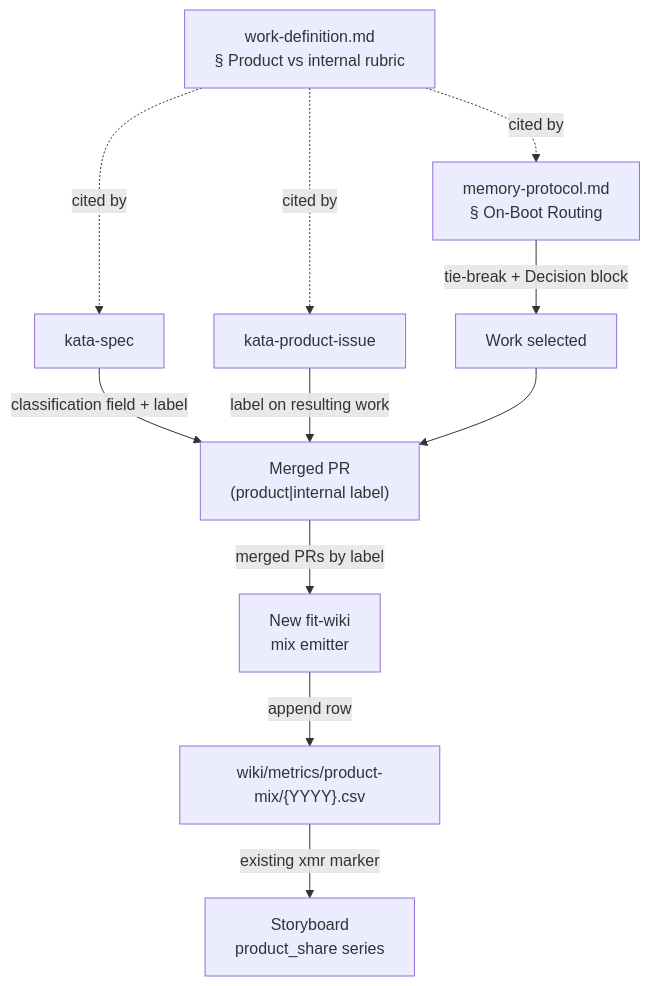
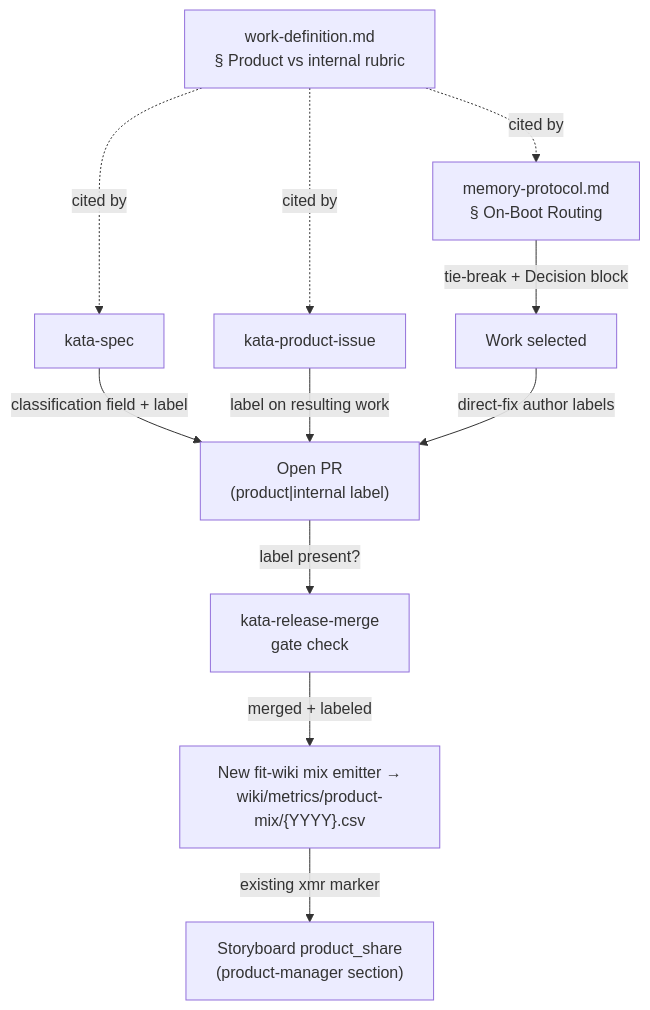
Before and after one commit to forwardimpact/monorepo: the diagram in specs/2070-product-vs-internal-work-axis/design-a.md, drawn with Mermaid. The commit also changed other lines of this file, not shown here.

First line of the commit message:
design(2070): name labeler+owner, add merge-gate completeness check, define denominator

````diff
--- a/specs/2070-product-vs-internal-work-axis/design-a.md
+++ b/specs/2070-product-vs-internal-work-axis/design-a.md
@@ -15,16 +16,15 @@
 ```mermaid
 graph TD
     R["work-definition.md<br/>§ Product vs internal rubric"]
     R -.cited by.-> S["kata-spec"]
     R -.cited by.-> T["kata-product-issue"]
     R -.cited by.-> M["memory-protocol.md<br/>§ On-Boot Routing"]
 
-    S -->|classification field + label| PR["Merged PR<br/>(product|internal label)"]
+    S -->|classification field + label| PR["Open PR<br/>(product|internal label)"]
     T -->|label on resulting work| PR
     M -->|tie-break + Decision block| W["Work selected"]
-    W --> PR
-
-    PR -->|merged PRs by label| E["New fit-wiki<br/>mix emitter"]
-    E -->|append row| C["wiki/metrics/product-mix/{YYYY}.csv"]
-    C -->|existing xmr marker| SB["Storyboard<br/>product_share series"]
+    W -->|direct-fix author labels| PR
+    PR -->|label present?| G["kata-release-merge<br/>gate check"]
+    G -->|merged + labeled| C["New fit-wiki mix emitter →<br/>wiki/metrics/product-mix/{YYYY}.csv"]
+    C -->|existing xmr marker| SB["Storyboard product_share<br/>(product-manager section)"]
 ```
````
